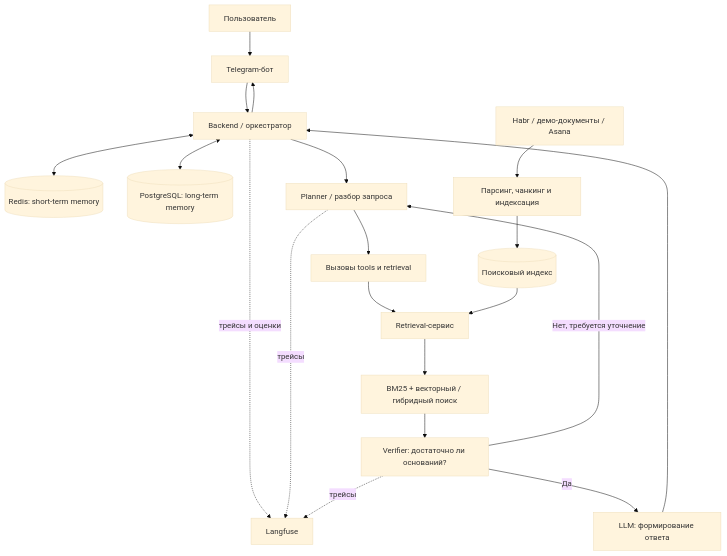
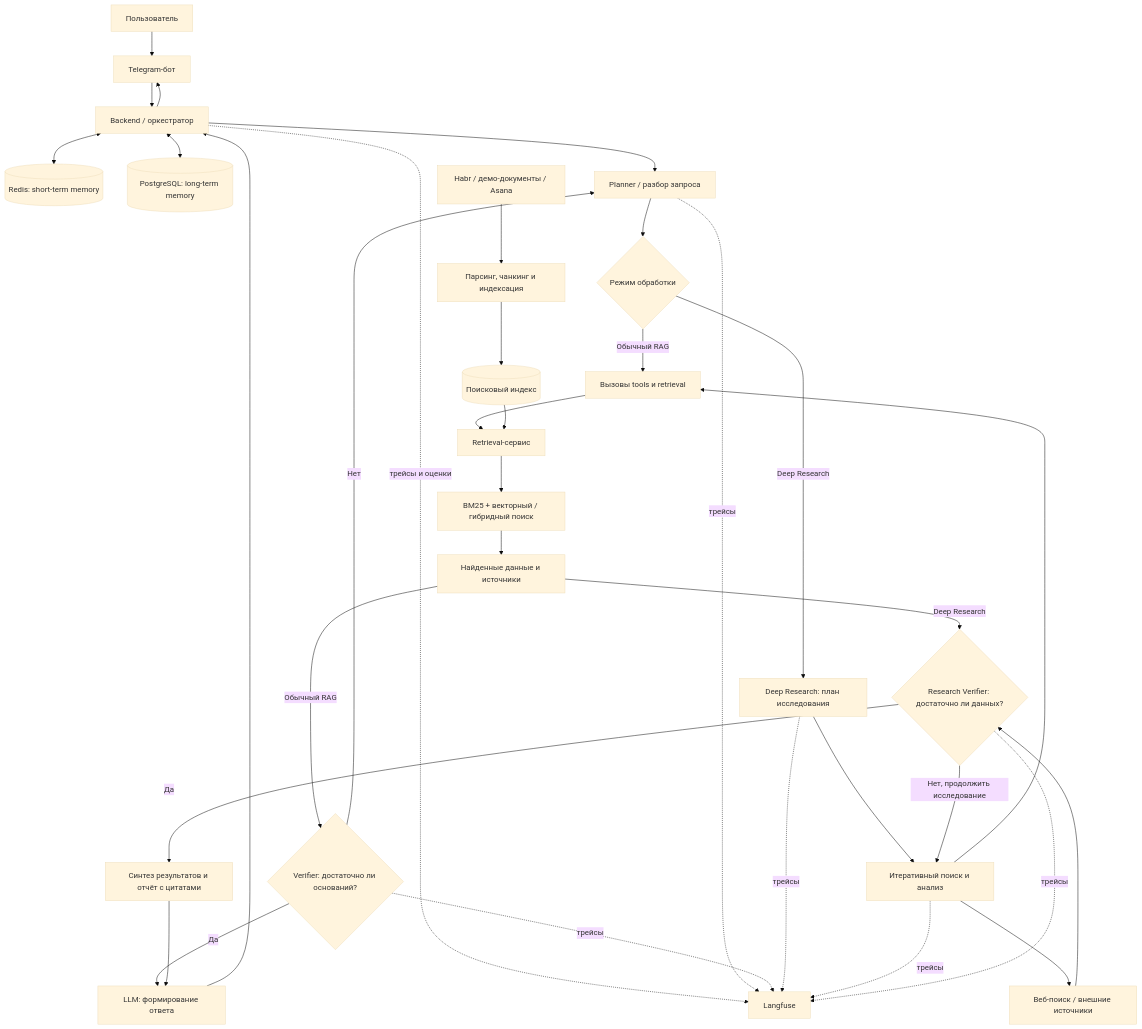
The second of 3 diagrams in docs/ml_system_design_doc.md (inizioRUS/ml_sys_design), drawn with Mermaid (base theme) before and after one commit. The commit also changed other lines of this file and 1 other file, not shown here.

Commit message:
hw 1| correct  Зачем идём в разработку продукта? and ## 2. Бизнес-требования и ограничения. schema and readme

````diff
--- a/docs/ml_system_design_doc.md
+++ b/docs/ml_system_design_doc.md
@@ -145,22 +228,50 @@
 ```mermaid
+
 flowchart TD
     U[Пользователь] --> TG[Telegram-бот]
     TG --> API[Backend / оркестратор]
+
     API <--> STM[(Redis: short-term memory)]
     API <--> LTM[(PostgreSQL: long-term memory)]
+
     API --> P[Planner / разбор запроса]
-    P --> RT[Вызовы tools и retrieval]
+    P --> MODE{Режим обработки}
+
+    MODE -->|Обычный RAG| RT[Вызовы tools и retrieval]
+    MODE -->|Deep Research| DR[Deep Research: план исследования]
+
+    DR --> DRS[Итеративный поиск и анализ]
+    DRS --> RT
+    DRS --> WEB[Веб-поиск / внешние источники]
+
     RT --> R[Retrieval-сервис]
+
     DS[Habr / демо-документы / Asana] --> ING[Парсинг, чанкинг и индексация]
     ING --> IDX[(Поисковый индекс)]
     IDX --> R
+
     R --> HY[BM25 + векторный / гибридный поиск]
-    HY --> V[Verifier: достаточно ли оснований?]
-    V -->|Нет, требуется уточнение| P
+
+    HY --> E[Найденные данные и источники]
+    E -->|Обычный RAG| V{Verifier: достаточно ли оснований?}
+    E -->|Deep Research| DRV{Research Verifier: достаточно ли данных?}
+
+    V -->|Нет| P
     V -->|Да| LLM[LLM: формирование ответа]
+
+    WEB --> DRV
+    DRV -->|Нет, продолжить исследование| DRS
+    DRV -->|Да| SYN[Синтез результатов и отчёт с цитатами]
+    SYN --> LLM
+
     LLM --> API
     API --> TG
+
     API -. трейсы и оценки .-> LF[Langfuse]
     P -. трейсы .-> LF
     V -. трейсы .-> LF
+    DR -. трейсы .-> LF
+    DRS -. трейсы .-> LF
+    DRV -. трейсы .-> LF
+
 ```
````
